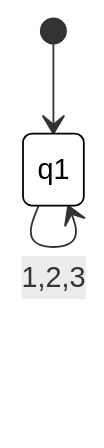
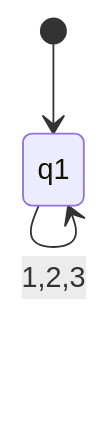
The third of 5 diagrams in 4. semester/SS/Exercises/Lecture 2.md (NicolaiDybro/aaunotes), drawn with Mermaid before and after one commit. The commit also changed other lines of this file and 3 other files, not shown here.

````diff
--- a/4. semester/SS/Exercises/Lecture 2.md
+++ b/4. semester/SS/Exercises/Lecture 2.md
@@ -83,7 +82,6 @@
 ```mermaid
 stateDiagram-v2
     [*] --> q1
     state q1 (q1)
     q1 --> q1: 1,2,3
-    style q1 fill:#fff,stroke:#000,color:#000
 ```
````
